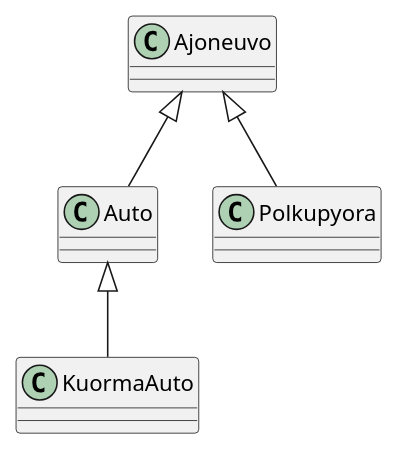
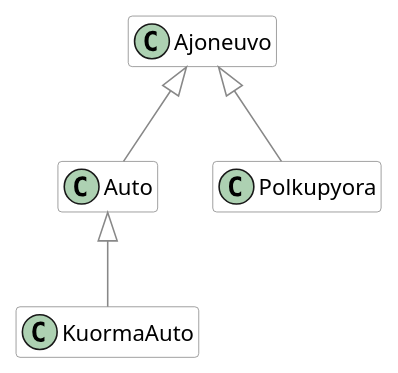
The diagram in src/exercises/3-4-korvaaminen/handout.md (ohj-perus-jy/ohj2), drawn with PlantUML before and after one commit. The commit also changed 3 other files, not shown here.

Commit message:
Fix exercise UML

````diff
--- a/src/exercises/3-4-korvaaminen/handout.md
+++ b/src/exercises/3-4-korvaaminen/handout.md
@@ -7,15 +7,20 @@
 ```plantuml
 @startuml```
-class Ajoneuvo {
-} 
-class Auto {
+hide empty members
+skinparam class {
+    RoundCorner        0
+    BorderColor        #888888
+    BackgroundColor    transparent
 }
-class Polkupyora {
-}
-class KuormaAuto {
-}
+skinparam arrowColor   #888888
+
+class Ajoneuvo
+class Auto
+class Polkupyora
+class KuormaAuto
+
 Ajoneuvo <|-- Auto
 Ajoneuvo <|-- Polkupyora
 Auto <|-- KuormaAuto
 @enduml
 ```
````
